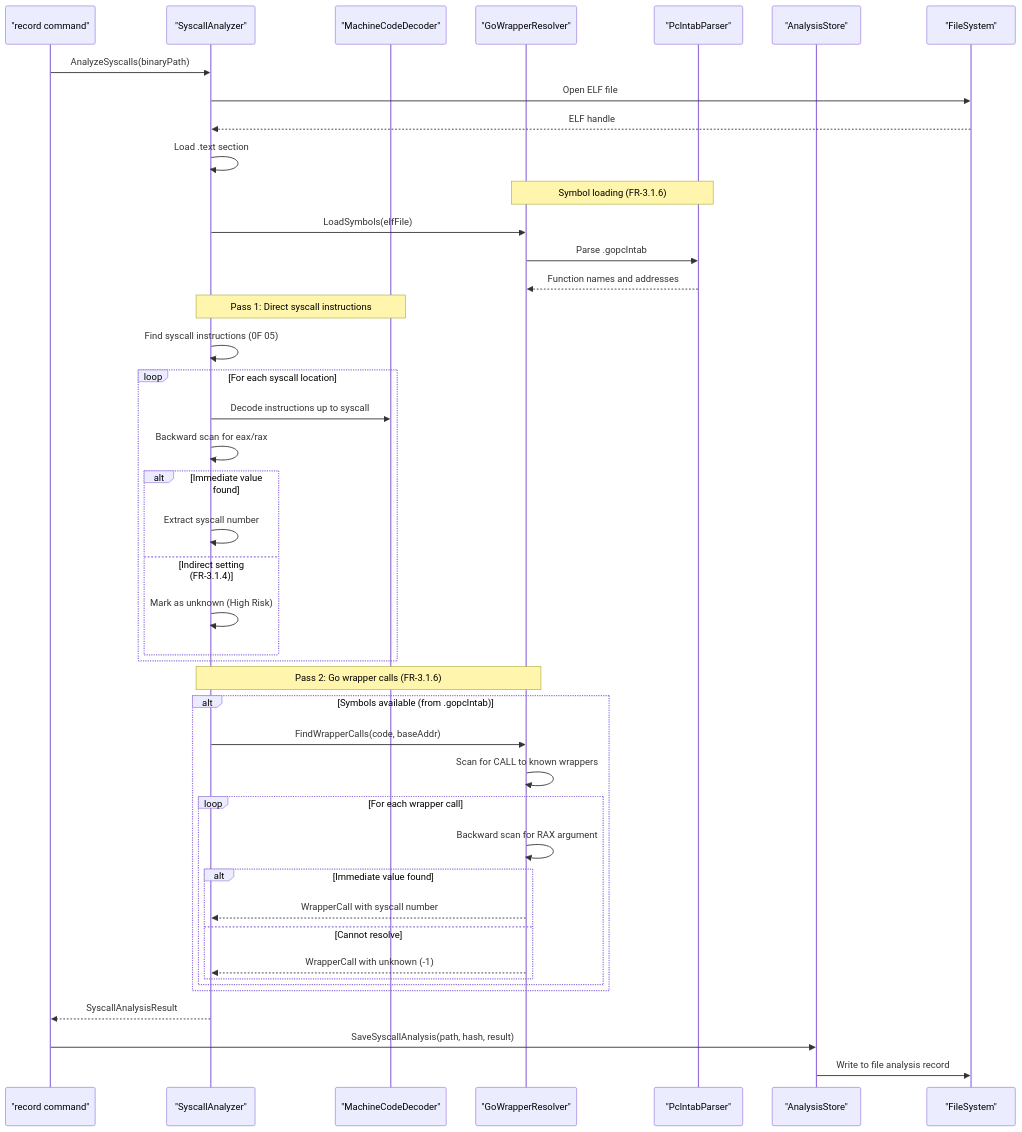
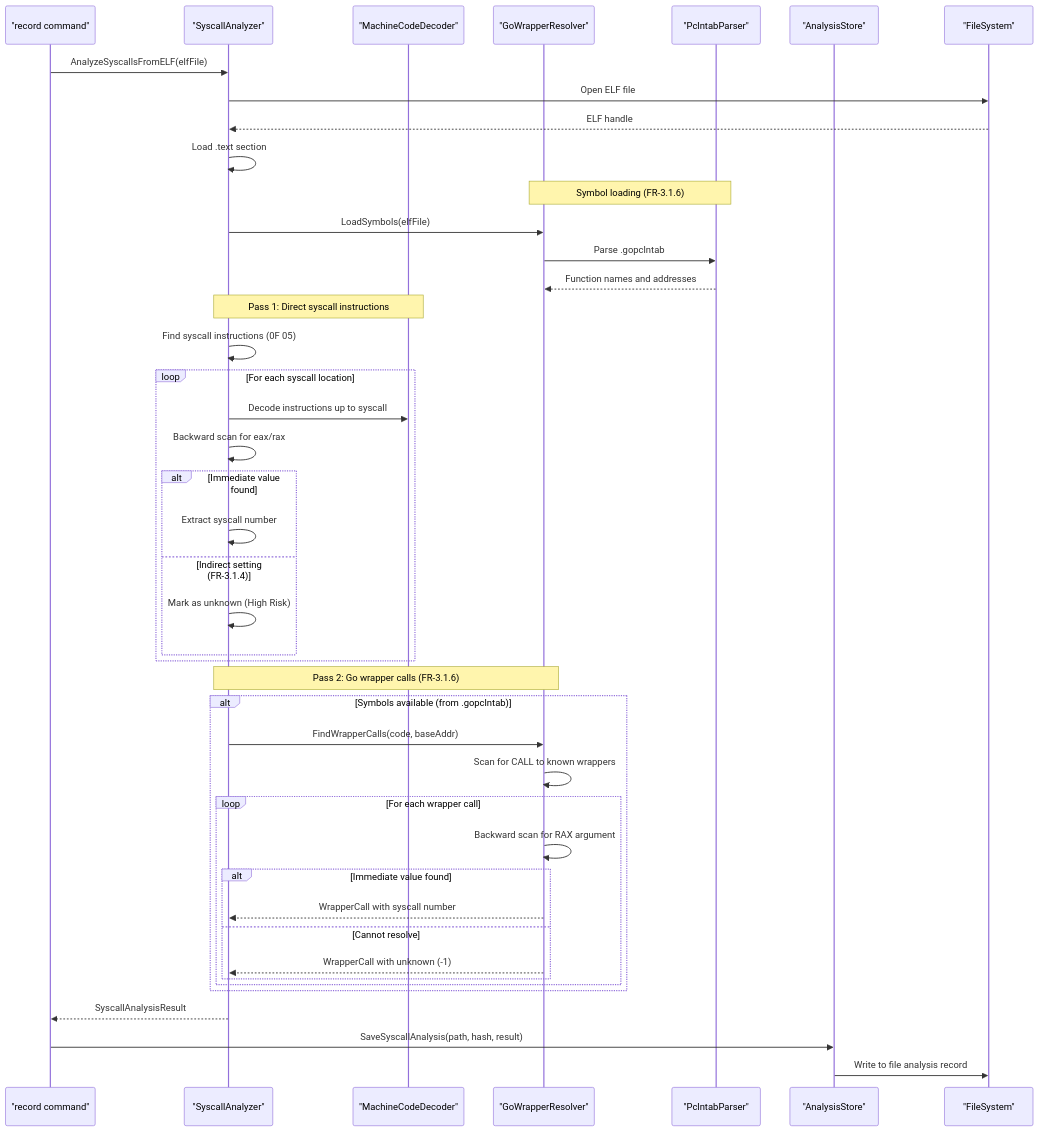
The fifth of 18 diagrams in docs/tasks/0070_elf_syscall_analysis/02_architecture.md (isseis/go-safe-cmd-runner), drawn with Mermaid before and after one commit. The commit also changed other lines of this file and 1 other file, not shown here.

Commit message:
docs(elfanalyzer): fix additional issues in ELF syscall analysis spec
- Fix TOCTOU vulnerability: merge isStaticELF and analyzeSyscallsForFile
  to use single file open for both check and analysis (§4)
- Update 02_architecture.md method name to match implementation:
  AnalyzeSyscalls -> AnalyzeSyscallsFromELF
- Add performance note to FindWrapperCalls explaining linear decoding
  trade-off vs window-based scanning (§2.5, NFR-4.1.2)
- Fix symbol matching: use exact/suffix match instead of Contains
  to avoid false positives like "mysyscall.Syscall6Helper" (§2.5)
- Fix x86asm.Arg comparison: use == nil instead of == x86asm.None
  as Arg is an interface type (§2.2)
- Fix JSON tag: NetworkSyscallCount uses "network_syscall_count"
  instead of inconsistent "network_syscalls" (§2.7)
- Document pfv initialization in NewStandardELFAnalyzerWithSyscallStore
  to clarify delegation to NewStandardELFAnalyzer (§3)
- Add §8.6: Document resolveWrapper limitation to relative CALL only,
  explaining why indirect CALLs are not supported
- Add note about HighRiskReasons nil vs empty slice JSON behavior
  with omitempty tag (§2.7)

````diff
--- a/docs/tasks/0070_elf_syscall_analysis/02_architecture.md
+++ b/docs/tasks/0070_elf_syscall_analysis/02_architecture.md
@@ -144,50 +144,50 @@
 ```mermaid
 sequenceDiagram
     participant RC as "record command"
     participant SA as "SyscallAnalyzer"
     participant MD as "MachineCodeDecoder"
     participant GW as "GoWrapperResolver"
     participant PP as "PclntabParser"
     participant AS as "AnalysisStore"
     participant FS as "FileSystem"
 
-    RC->>SA: AnalyzeSyscalls(binaryPath)
+    RC->>SA: AnalyzeSyscallsFromELF(elfFile)
     SA->>FS: Open ELF file
     FS-->>SA: ELF handle
     SA->>SA: Load .text section
 
     Note over GW,PP: Symbol loading (FR-3.1.6)
     SA->>GW: LoadSymbols(elfFile)
     GW->>PP: Parse .gopclntab
     PP-->>GW: Function names and addresses
 
     Note over SA,MD: Pass 1: Direct syscall instructions
     SA->>SA: Find syscall instructions (0F 05)
     loop For each syscall location
         SA->>MD: Decode instructions up to syscall
         SA->>SA: Backward scan for eax/rax
         alt Immediate value found
             SA->>SA: Extract syscall number
         else Indirect setting (FR-3.1.4)
             SA->>SA: Mark as unknown (High Risk)
         end
     end
 
     Note over SA,GW: Pass 2: Go wrapper calls (FR-3.1.6)
     alt Symbols available (from .gopclntab)
         SA->>GW: FindWrapperCalls(code, baseAddr)
         GW->>GW: Scan for CALL to known wrappers
         loop For each wrapper call
             GW->>GW: Backward scan for RAX argument
             alt Immediate value found
                 GW-->>SA: WrapperCall with syscall number
             else Cannot resolve
                 GW-->>SA: WrapperCall with unknown (-1)
             end
         end
     end
 
     SA-->>RC: SyscallAnalysisResult
     RC->>AS: SaveSyscallAnalysis(path, hash, result)
     AS->>FS: Write to file analysis record
 ```
````
